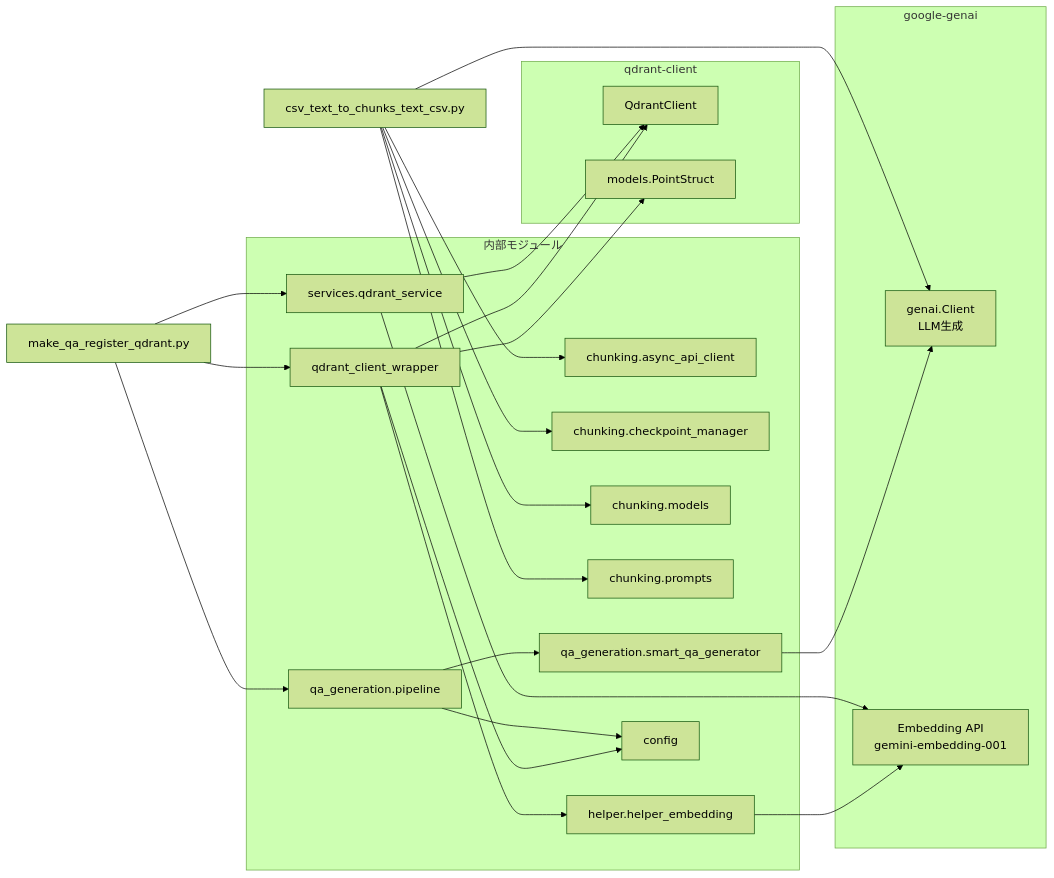
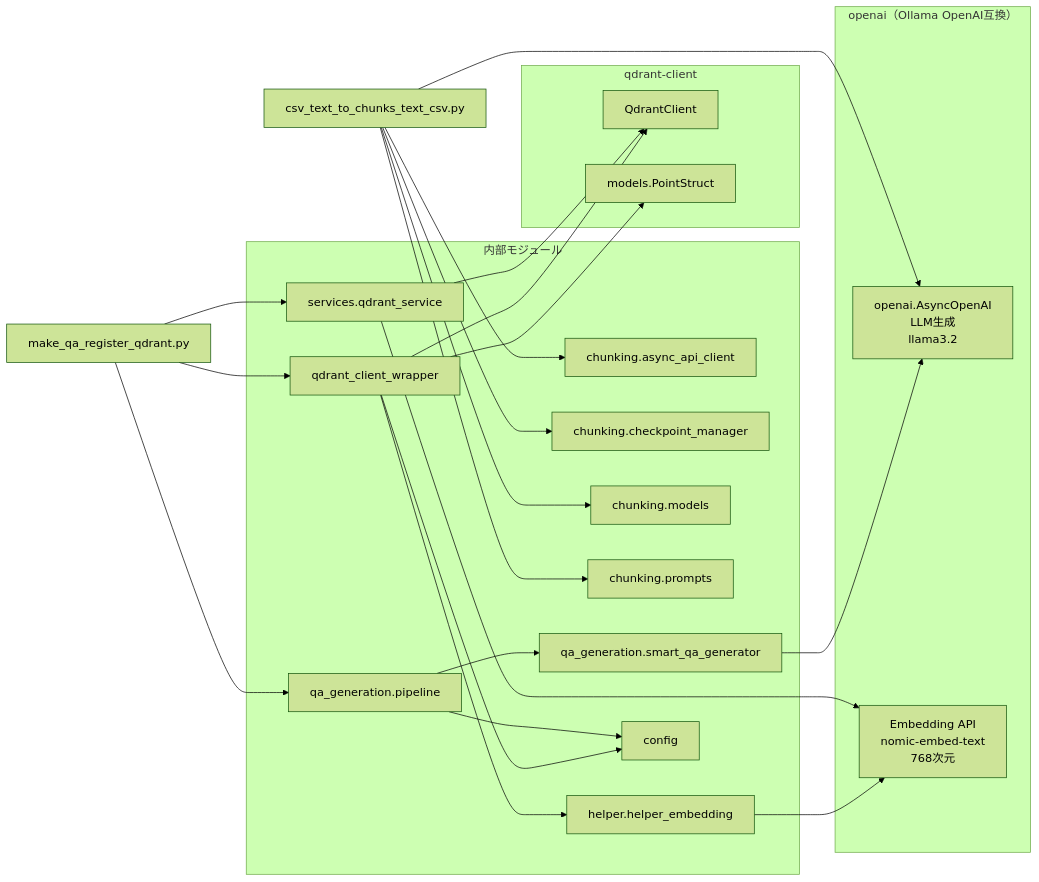
One commit to nakashima2toshio/ollama_grace_agent changed the fifth of 5 diagrams in readme_rag.md. Above: the diagram before and after it, drawn with Mermaid (forest theme). The commit also changed other lines of this file, not shown here.

First line of the commit message:
docs: update readme_rag.md from Gemini to Ollama

````diff
--- a/readme_rag.md
+++ b/readme_rag.md
@@ -1265,48 +1266,48 @@
 ```mermaid
 flowchart LR
     CHUNK["csv_text_to_chunks_text_csv.py"]
     MAKE_QA["make_qa_register_qdrant.py"]
 
-    subgraph GOOGLE["google-genai"]
-        GENAI_LLM[genai.Client<br/>LLM生成]
-        GENAI_EMB[Embedding API<br/>gemini-embedding-001]
+    subgraph OLLAMA["openai（Ollama OpenAI互換）"]
+        OLLAMA_LLM[openai.AsyncOpenAI<br/>LLM生成\nllama3.2]
+        OLLAMA_EMB[Embedding API<br/>nomic-embed-text\n768次元]
     end
 
     subgraph QDRANT_LIB["qdrant-client"]
         QC[QdrantClient]
         QM[models.PointStruct]
     end
 
     subgraph INTERNAL["内部モジュール"]
         ASYNC_CLI[chunking.async_api_client]
         CHECKPOINT[chunking.checkpoint_manager]
         MODELS[chunking.models]
         PROMPTS[chunking.prompts]
         PIPELINE[qa_generation.pipeline]
         SMART_QA[qa_generation.smart_qa_generator]
         QDRANT_SVC[services.qdrant_service]
         QDRANT_WRAP[qdrant_client_wrapper]
         HELPER_EMB[helper.helper_embedding]
         CONFIG[config]
     end
 
-    CHUNK --> GENAI_LLM
+    CHUNK --> OLLAMA_LLM
     CHUNK --> ASYNC_CLI
     CHUNK --> CHECKPOINT
     CHUNK --> MODELS
     CHUNK --> PROMPTS
 
     MAKE_QA --> PIPELINE
     MAKE_QA --> QDRANT_SVC
     MAKE_QA --> QDRANT_WRAP
 
-    PIPELINE --> SMART_QA --> GENAI_LLM
-    QDRANT_SVC --> GENAI_EMB
+    PIPELINE --> SMART_QA --> OLLAMA_LLM
+    QDRANT_SVC --> OLLAMA_EMB
     QDRANT_SVC --> QC
-    QDRANT_WRAP --> HELPER_EMB --> GENAI_EMB
+    QDRANT_WRAP --> HELPER_EMB --> OLLAMA_EMB
     QDRANT_WRAP --> QC
     QDRANT_WRAP --> QM
 
     PIPELINE --> CONFIG
     QDRANT_WRAP --> CONFIG
 ```
````
